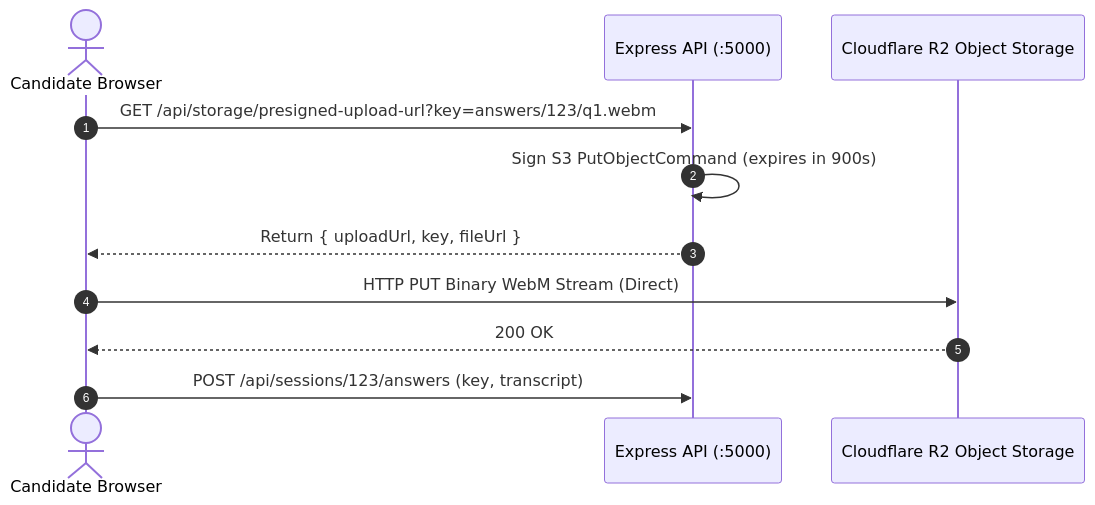
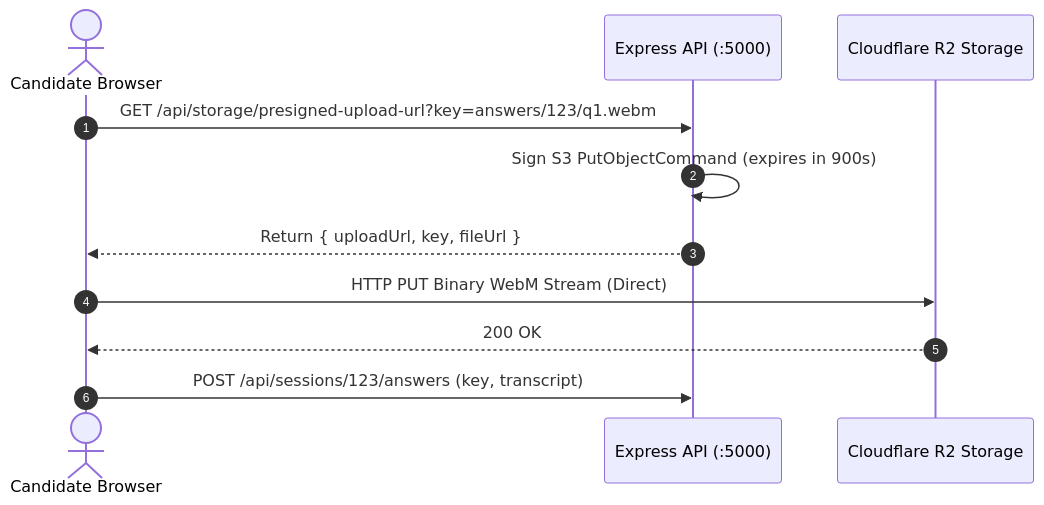
One commit to Noob-code7/InterviewApp changed the second of 2 diagrams in docs/STORAGE_AND_MEDIA.md. Above: the diagram before and after it, drawn with Mermaid. The commit also changed other lines of this file and 8 other files, not shown here.

Commit message:
docs: enrich architecture documentation with deep engineering blueprints, mathematical formulations, and sequence diagrams

````diff
--- a/docs/STORAGE_AND_MEDIA.md
+++ b/docs/STORAGE_AND_MEDIA.md
@@ -28,14 +30,14 @@
 ```mermaid
 sequenceDiagram
     autonumber
     actor Browser as Candidate Browser
     participant API as Express API (:5000)
-    participant R2 as Cloudflare R2 Object Storage
+    participant R2 as Cloudflare R2 Storage
     
     Browser->>API: GET /api/storage/presigned-upload-url?key=answers/123/q1.webm
     API->>API: Sign S3 PutObjectCommand (expires in 900s)
     API-->>Browser: Return { uploadUrl, key, fileUrl }
     Browser->>R2: HTTP PUT Binary WebM Stream (Direct)
     R2-->>Browser: 200 OK
     Browser->>API: POST /api/sessions/123/answers (key, transcript)
 ```
````
